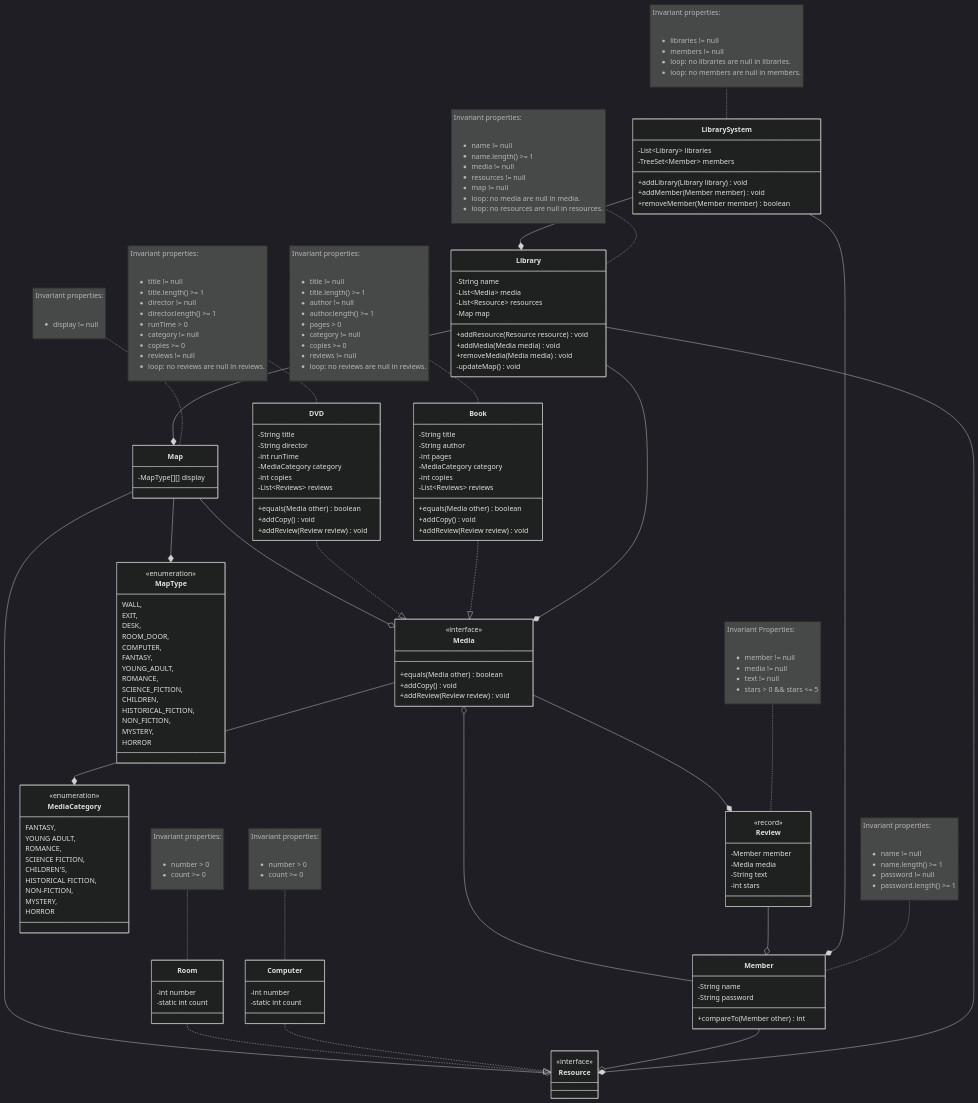
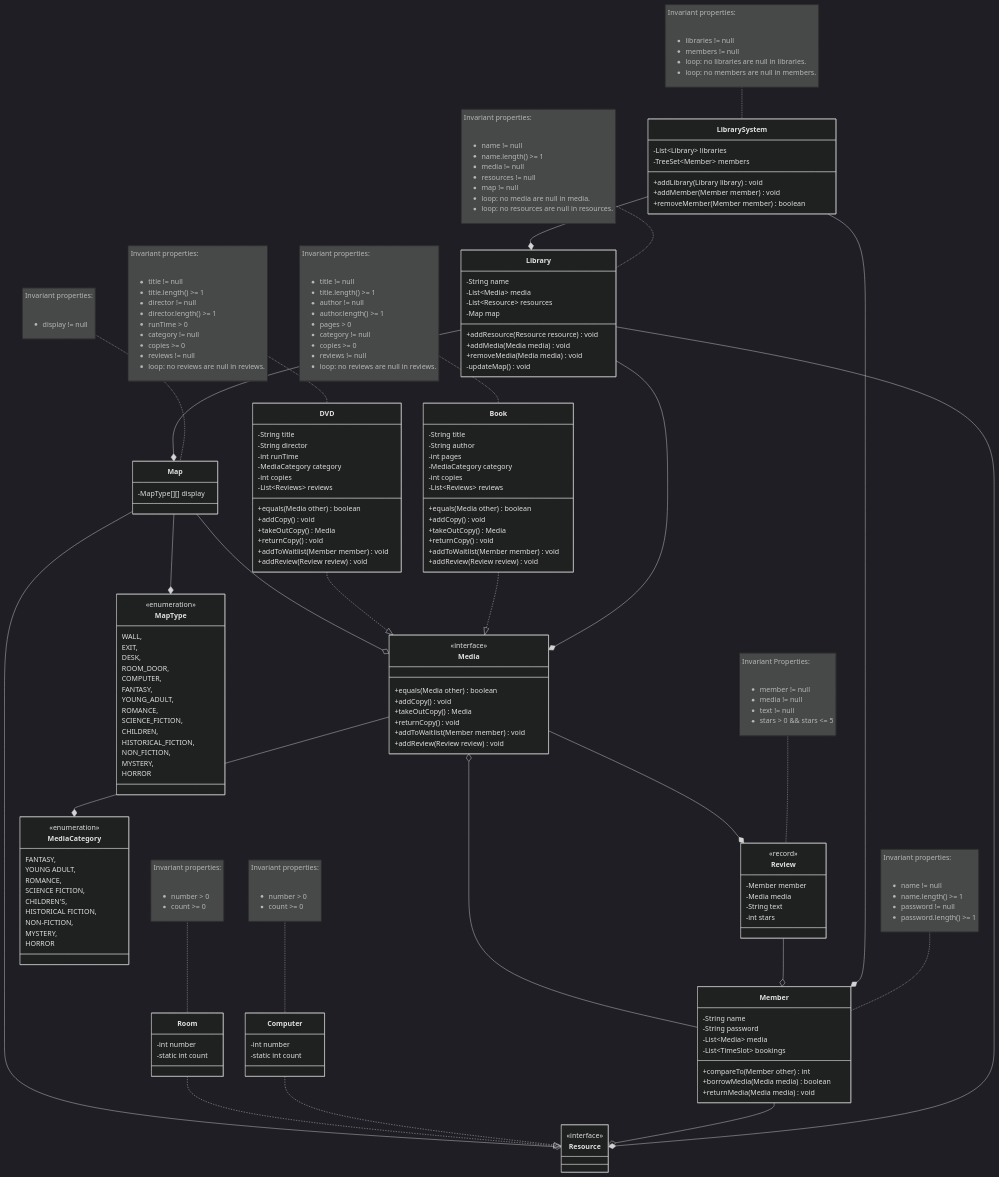
One commit to samanthaegilson/LibrarySystem changed the sixth of 6 diagrams in README.md. Above: the diagram before and after it, drawn with Mermaid (dark theme). The commit also changed other lines of this file and 18 other files, not shown here.

```diff
--- a/README.md
+++ b/README.md
@@ -226,8 +227,12 @@
         %% Text for the name of the member
         -String name
         -String password
+        -List~Media~ media
+        -List~TimeSlot~ bookings
 
         +compareTo(Member other) int
+        +borrowMedia(Media media) boolean
+        +returnMedia(Media media) void
     }
     Member --o Media
     Member --o Resource
@@ -244,6 +249,9 @@
         <<interface>>
         +equals(Media other) boolean
         +addCopy() void
+        +takeOutCopy() Media
+        +returnCopy() void
+        +addToWaitlist(Member member) void
         +addReview(Review review) void
     }
     Media --* Review
@@ -265,6 +273,9 @@
 
         +equals(Media other) boolean
         +addCopy() void
+        +takeOutCopy() Media
+        +returnCopy() void
+        +addToWaitlist(Member member) void
         +addReview(Review review) void
     }
     Book ..|> Media
@@ -299,6 +310,9 @@
 
         +equals(Media other) boolean
         +addCopy() void
+        +takeOutCopy() Media
+        +returnCopy() void
+        +addToWaitlist(Member member) void
         +addReview(Review review) void
     }
     DVD ..|> Media
```
